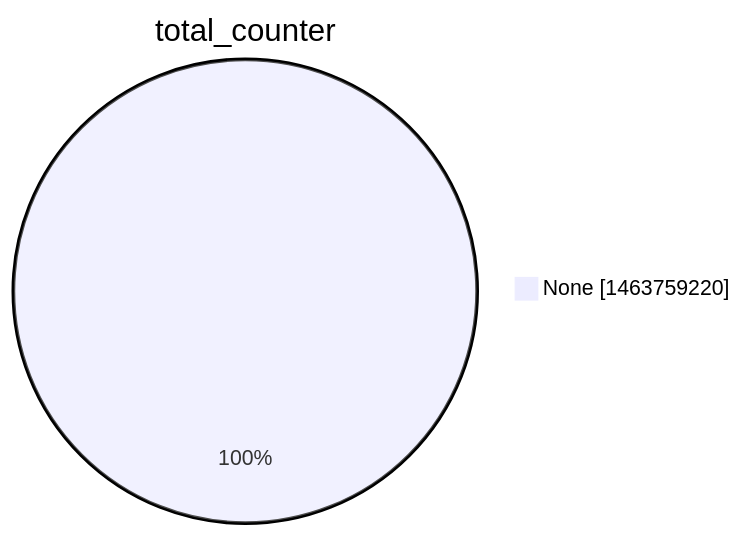
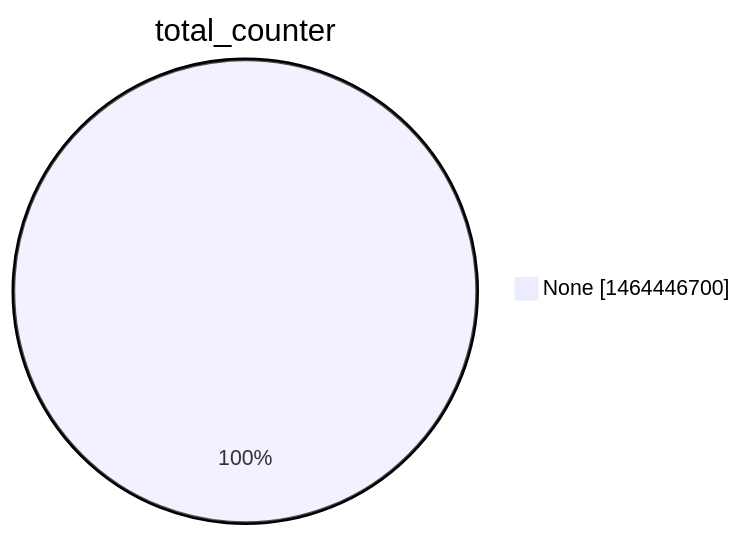
The second of 15 diagrams in argon2022/README.md (christiankrug/ctmonitor_visualization), drawn with Mermaid before and after one commit. The commit also changed other lines of this file, not shown here.

````diff
--- a/argon2022/README.md
+++ b/argon2022/README.md
@@ -9,5 +9,5 @@
 ```mermaid
 pie showData
 title total_counter
-"None" :1463759220
+"None" :1464446700
 ```
````
